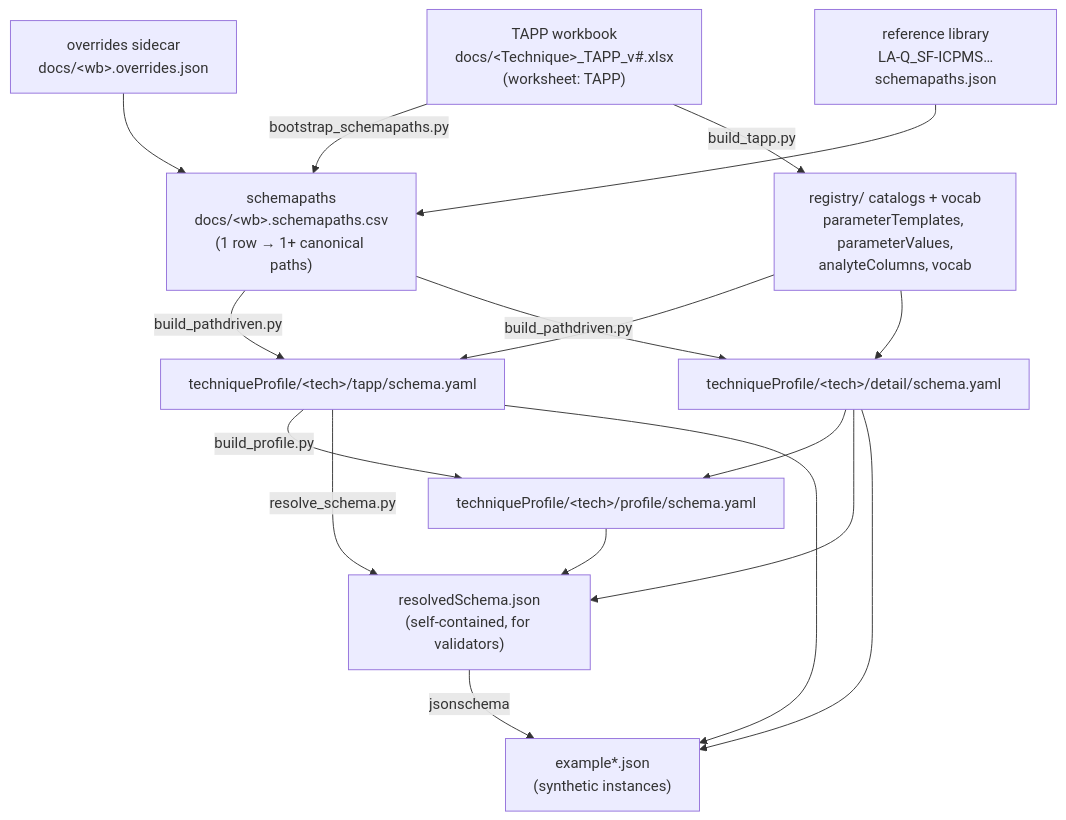
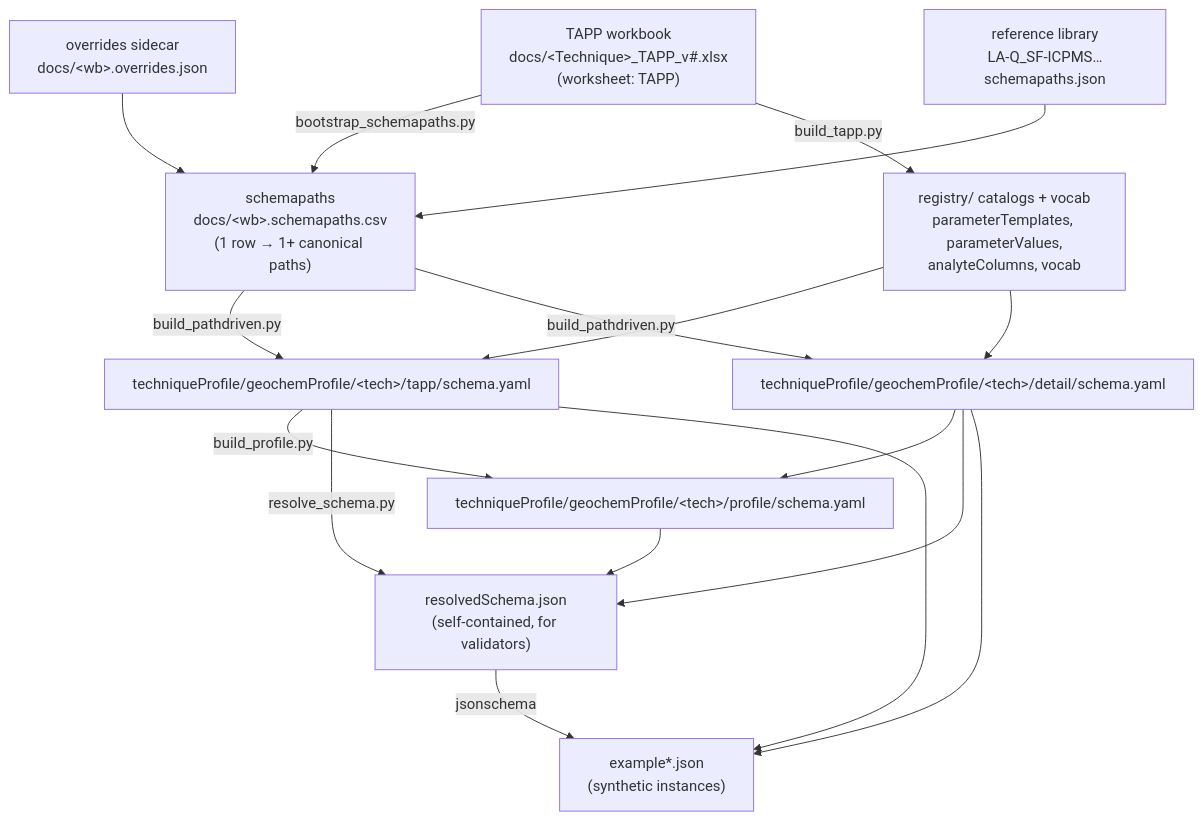
The diagram in docs/TAPP-schema-generation-workflow.md (amds-ldeo/geochemBuildingBlocks), drawn with Mermaid before and after one commit. The commit also changed other lines of this file and 2 other files, not shown here.

First line of the commit message:
Point the docs at the two profile roots

````diff
--- a/docs/TAPP-schema-generation-workflow.md
+++ b/docs/TAPP-schema-generation-workflow.md
@@ -27,30 +27,30 @@
 ```mermaid
 flowchart TD
     XLSX["TAPP workbook<br/>docs/&lt;Technique&gt;_TAPP_v#.xlsx<br/>(worksheet: TAPP)"]
     OV["overrides sidecar<br/>docs/&lt;wb&gt;.overrides.json"]
     LIB["reference library<br/>LA-Q_SF-ICPMS…schemapaths.json"]
     SP["schemapaths<br/>docs/&lt;wb&gt;.schemapaths.csv<br/>(1 row → 1+ canonical paths)"]
     REG["registry/ catalogs + vocab<br/>parameterTemplates, parameterValues,<br/>analyteColumns, vocab"]
-    TAPP["techniqueProfile/&lt;tech&gt;/tapp/schema.yaml"]
-    DET["techniqueProfile/&lt;tech&gt;/detail/schema.yaml"]
-    PROF["techniqueProfile/&lt;tech&gt;/profile/schema.yaml"]
+    TAPP["techniqueProfile/geochemProfile/&lt;tech&gt;/tapp/schema.yaml"]
+    DET["techniqueProfile/geochemProfile/&lt;tech&gt;/detail/schema.yaml"]
+    PROF["techniqueProfile/geochemProfile/&lt;tech&gt;/profile/schema.yaml"]
     RES["resolvedSchema.json<br/>(self-contained, for validators)"]
     EX["example*.json<br/>(synthetic instances)"]
 
     XLSX -->|bootstrap_schemapaths.py| SP
     OV --> SP
     LIB --> SP
     XLSX -->|build_tapp.py| REG
     SP -->|build_pathdriven.py| TAPP
     SP -->|build_pathdriven.py| DET
     REG --> TAPP
     REG --> DET
     TAPP -->|build_profile.py| PROF
     DET --> PROF
     TAPP -->|resolve_schema.py| RES
     DET --> RES
     PROF --> RES
     TAPP --> EX
     DET --> EX
     RES -->|jsonschema| EX
 ```
````
